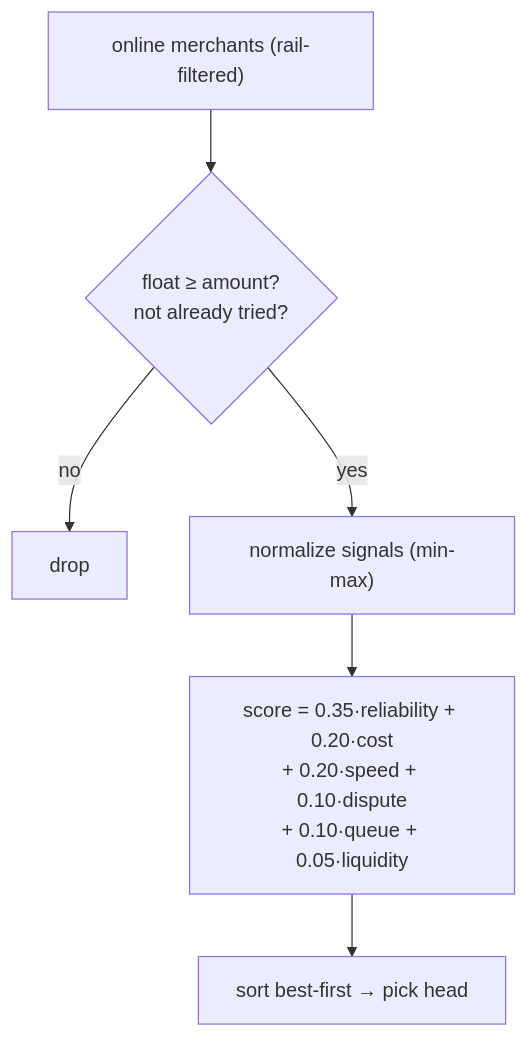
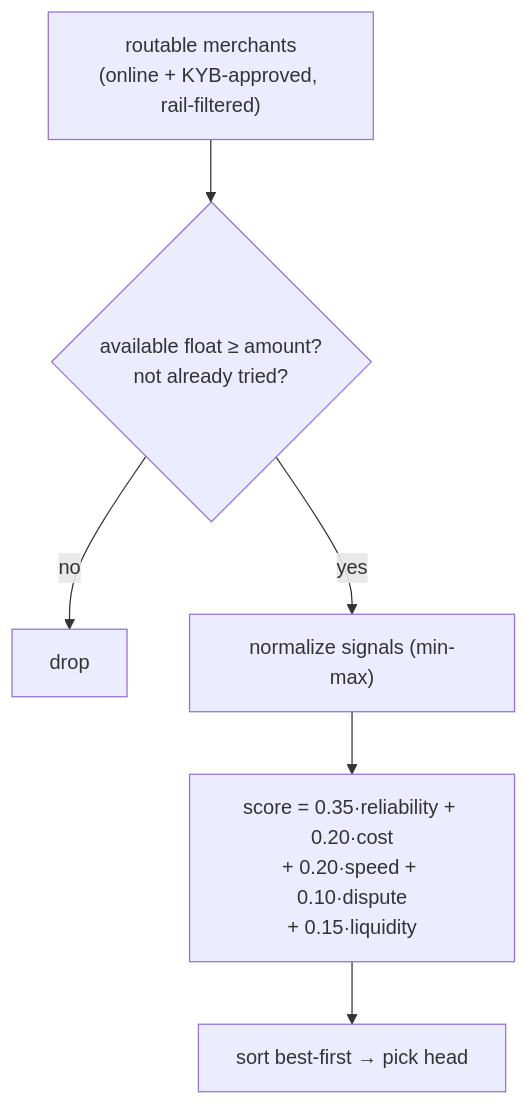
One commit to unabrijed/frenspay changed the first of 3 diagrams in monorepo/docs/08-routing-and-failover.md. Above: the diagram before and after it, drawn with Mermaid. The commit also changed other lines of this file and 8 other files, not shown here.

````diff
--- a/monorepo/docs/08-routing-and-failover.md
+++ b/monorepo/docs/08-routing-and-failover.md
@@ -22,8 +27,8 @@
 ```mermaid
 flowchart TB
-    A["online merchants (rail-filtered)"] --> B{"float ≥ amount?<br/>not already tried?"}
+    A["routable merchants<br/>(online + KYB-approved, rail-filtered)"] --> B{"available float ≥ amount?<br/>not already tried?"}
     B -->|no| X[drop]
     B -->|yes| C["normalize signals (min-max)"]
-    C --> D["score = 0.35·reliability + 0.20·cost<br/>+ 0.20·speed + 0.10·dispute<br/>+ 0.10·queue + 0.05·liquidity"]
+    C --> D["score = 0.35·reliability + 0.20·cost<br/>+ 0.20·speed + 0.10·dispute<br/>+ 0.15·liquidity"]
     D --> E["sort best-first → pick head"]
 ```
````
